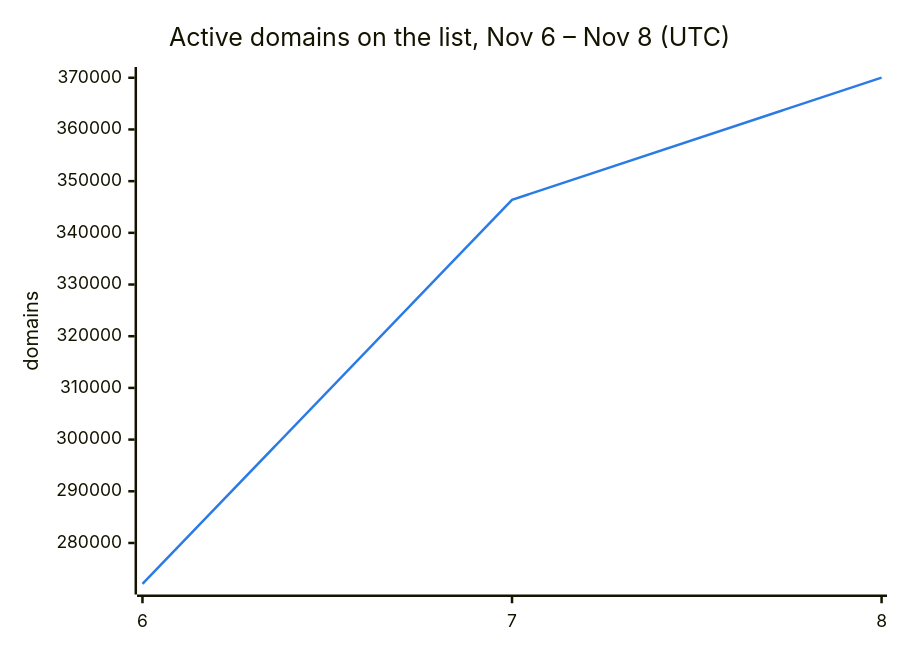
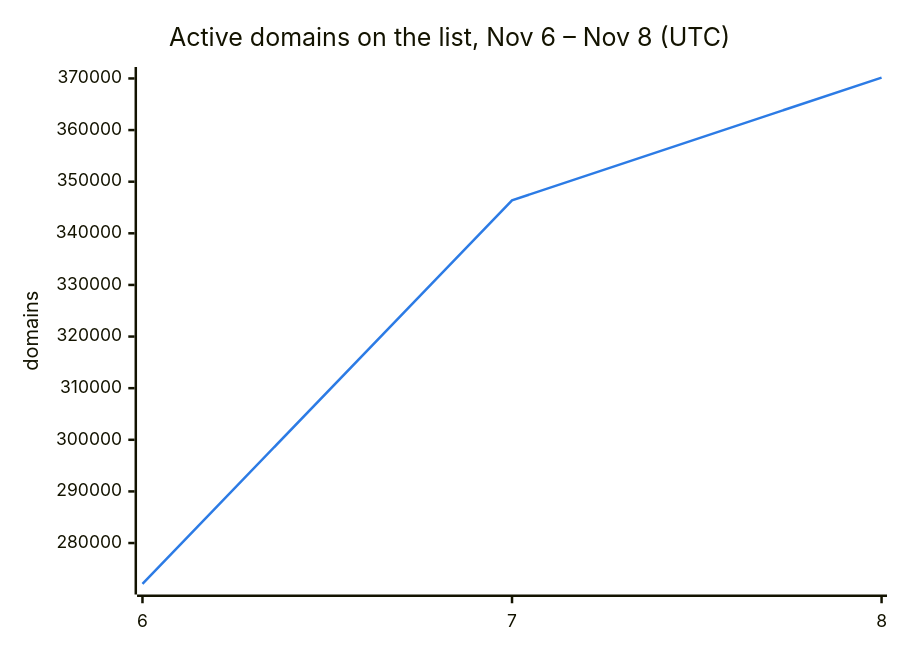
The second of 3 diagrams in README.md (DNSBunker/CTI), drawn with Mermaid before and after one commit. The commit also changed other lines of this file and 3 other files, not shown here.

````diff
--- a/README.md
+++ b/README.md
@@ -38,8 +38,8 @@
 ```mermaid
 %%{init: {"themeVariables": {"xyChart": {"plotColorPalette": "#2c7be5"}}}}%%
 xychart-beta
     title "Active domains on the list, Nov 6 – Nov 8 (UTC)"
     x-axis ["6", "7", "8"]
     y-axis "domains"
-    line [272088, 346388, 370026]
+    line [272088, 346388, 370160]
 ```
````
